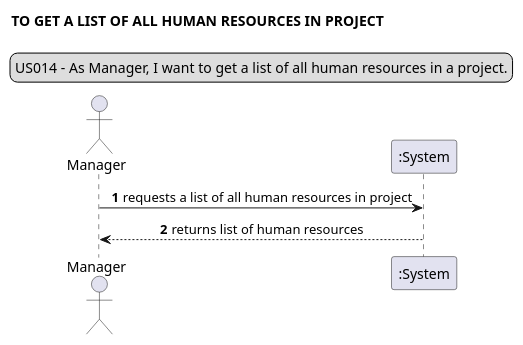
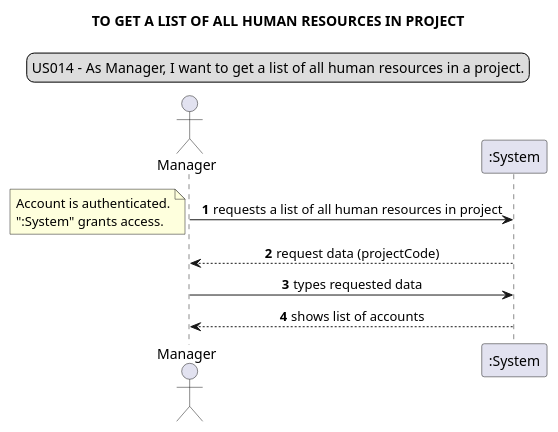
Before and after one commit to Loracline/project_switch_22-23: diagram 12 of 37 in docs/requirements_gathering/system_sequence_diagrams/systemSequenceDiagram.puml, drawn with PlantUML. The commit also changed other lines of this file and 7 other files, not shown here.

Commit message:
No US number: Design: SSD's | Update System Sequence Diagram and png files according to new version

```diff
--- a/docs/requirements_gathering/system_sequence_diagrams/systemSequenceDiagram.puml
+++ b/docs/requirements_gathering/system_sequence_diagrams/systemSequenceDiagram.puml
@@ -213,15 +213,17 @@
 @startuml
 legend top
 US014 - As Manager, I want to get a list of all human resources in a project.
 end legend
 skinparam sequenceMessageAlign center
 title TO GET A LIST OF ALL HUMAN RESOURCES IN PROJECT
 actor "Manager"
 autonumber
+"Manager" -> ":System": requests a list of all human resources in project
 note left
 Account is authenticated.
 ":System" grants access.
 end note
-"Manager" -> ":System": requests a list of all human resources in project
-"Manager" <-- ":System": returns list of human resources
+":System" --> Manager: request data (projectCode)
+"Manager" -> ":System": types requested data
+"Manager" <-- ":System": shows list of accounts
 @enduml
```
